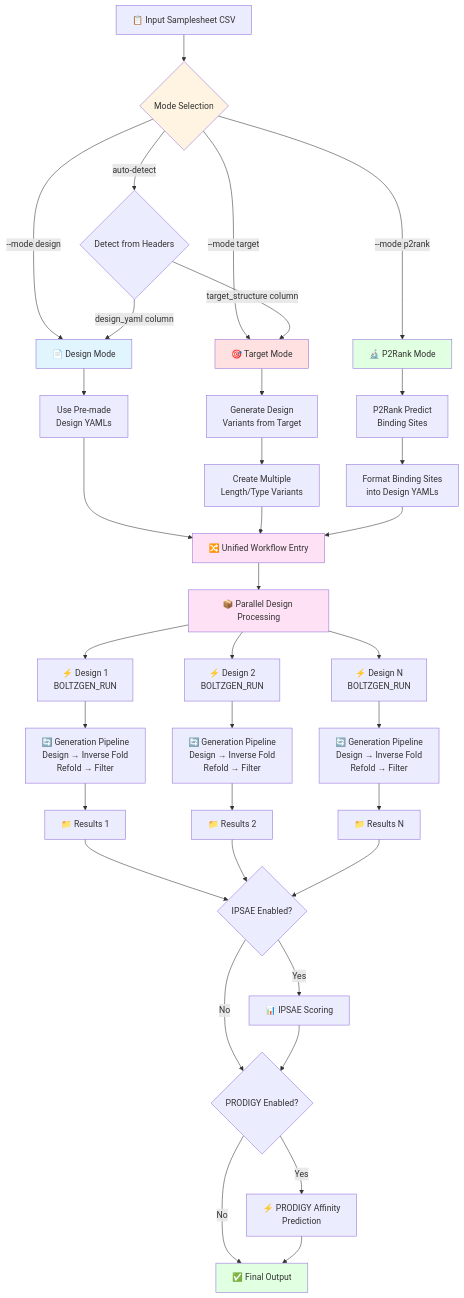
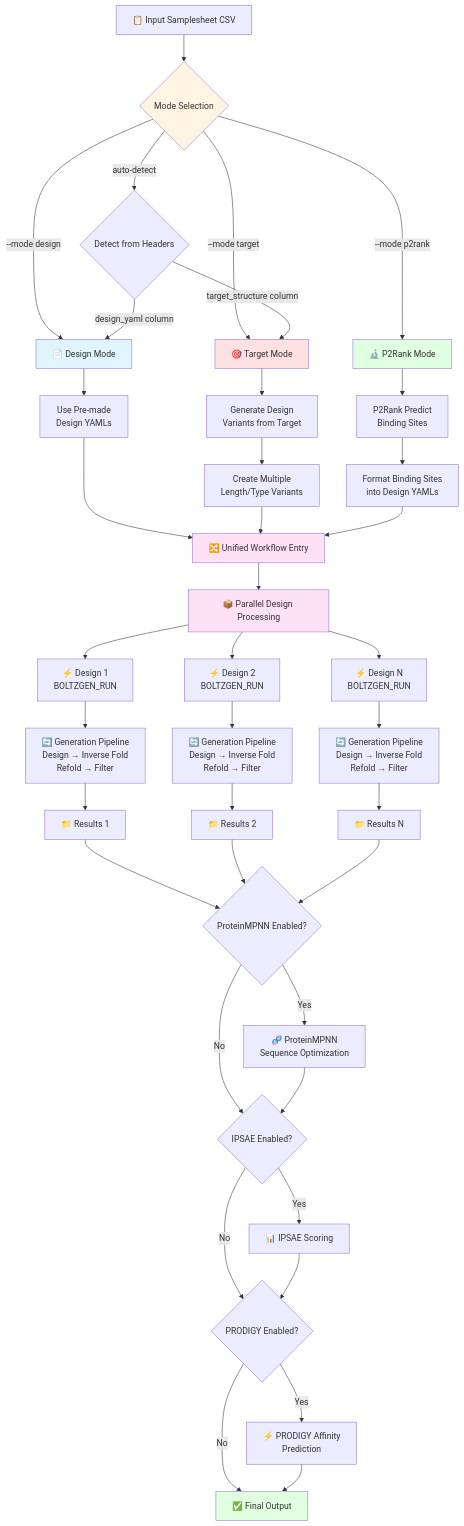
The diagram in README.md (seqeralabs/nf-proteindesign), drawn with Mermaid before and after one commit. The commit also changed other lines of this file and 3 other files, not shown here.

First line of the commit message:
Add ProteinMPNN sequence optimization step

````diff
--- a/README.md
+++ b/README.md
@@ -31,56 +32,60 @@
 ```mermaid
 flowchart TD
     A[📋 Input Samplesheet CSV] --> B{Mode Selection}
     B -->|--mode design| C1[📄 Design Mode]
     B -->|--mode target| C2[🎯 Target Mode]
     B -->|--mode p2rank| C3[🔬 P2Rank Mode]
     B -->|auto-detect| C4{Detect from Headers}
     
     C4 -->|design_yaml column| C1
     C4 -->|target_structure column| C2
     
     C1 --> D1[Use Pre-made<br/>Design YAMLs]
     C2 --> D2[Generate Design<br/>Variants from Target]
     C3 --> D3[P2Rank Predict<br/>Binding Sites]
     
     D2 --> D2a[Create Multiple<br/>Length/Type Variants]
     D3 --> D3a[Format Binding Sites<br/>into Design YAMLs]
     
     D1 --> E[🔀 Unified Workflow Entry]
     D2a --> E
     D3a --> E
     
     E --> F[📦 Parallel Design Processing]
     
     F --> G1[⚡ Design 1<br/>BOLTZGEN_RUN]
     F --> G2[⚡ Design 2<br/>BOLTZGEN_RUN]
     F --> G3[⚡ Design N<br/>BOLTZGEN_RUN]
     
     G1 --> H1[🔄 Generation Pipeline<br/>Design → Inverse Fold<br/>Refold → Filter]
     G2 --> H2[🔄 Generation Pipeline<br/>Design → Inverse Fold<br/>Refold → Filter]
     G3 --> H3[🔄 Generation Pipeline<br/>Design → Inverse Fold<br/>Refold → Filter]
     
     H1 --> I1[📁 Results 1]
     H2 --> I2[📁 Results 2]
     H3 --> I3[📁 Results N]
     
-    I1 --> J{IPSAE Enabled?}
-    I2 --> J
-    I3 --> J
+    I1 --> I{ProteinMPNN Enabled?}
+    I2 --> I
+    I3 --> I
+    
+    I -->|Yes| I4[🧬 ProteinMPNN<br/>Sequence Optimization]
+    I -->|No| J{IPSAE Enabled?}
+    I4 --> J
     
     J -->|Yes| K[📊 IPSAE Scoring]
     J -->|No| M{PRODIGY Enabled?}
     K --> M
     
     M -->|Yes| N[⚡ PRODIGY Affinity<br/>Prediction]
     M -->|No| L[✅ Final Output]
     N --> L
     
     style B fill:#fff4e1
     style C1 fill:#e1f5ff
     style C2 fill:#ffe1e1
     style C3 fill:#e1ffe1
     style E fill:#ffe1f5
     style F fill:#ffe1f5
     style L fill:#e1ffe1
 ```
````
